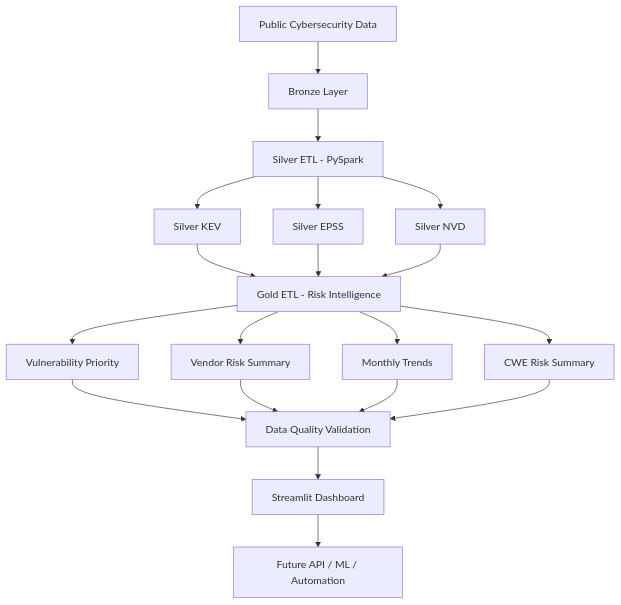
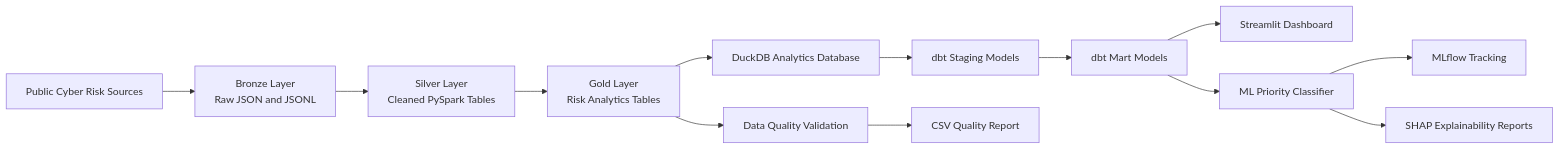
Before and after one commit to momo840505/cyber-risk-intelligence-lakehouse: the diagram in README.md, drawn with Mermaid. The commit also changed other lines of this file, not shown here.

Commit message:
Update README with dbt ML SHAP and MLflow

````diff
--- a/README.md
+++ b/README.md
@@ -67,26 +59,15 @@
 ```mermaid
-flowchart TD
-    A["Public Cybersecurity Data"] --> B["Bronze Layer"]
-    B --> C["Silver ETL - PySpark"]
-
-    C --> D["Silver KEV"]
-    C --> E["Silver EPSS"]
-    C --> F["Silver NVD"]
-
-    D --> G["Gold ETL - Risk Intelligence"]
-    E --> G
-    F --> G
-
-    G --> H["Vulnerability Priority"]
-    G --> I["Vendor Risk Summary"]
-    G --> J["Monthly Trends"]
-    G --> K["CWE Risk Summary"]
-
-    H --> L["Data Quality Validation"]
-    I --> L
-    J --> L
-    K --> L
-
-    L --> M["Streamlit Dashboard"]
-    M --> N["Future API / ML / Automation"]
+flowchart LR
+    A[Public Cyber Risk Sources] --> B[Bronze Layer<br/>Raw JSON and JSONL]
+    B --> C[Silver Layer<br/>Cleaned PySpark Tables]
+    C --> D[Gold Layer<br/>Risk Analytics Tables]
+    D --> E[DuckDB Analytics Database]
+    E --> F[dbt Staging Models]
+    F --> G[dbt Mart Models]
+    G --> H[Streamlit Dashboard]
+    G --> I[ML Priority Classifier]
+    I --> J[MLflow Tracking]
+    I --> K[SHAP Explainability Reports]
+    D --> L[Data Quality Validation]
+    L --> M[CSV Quality Report]
 ```
````
